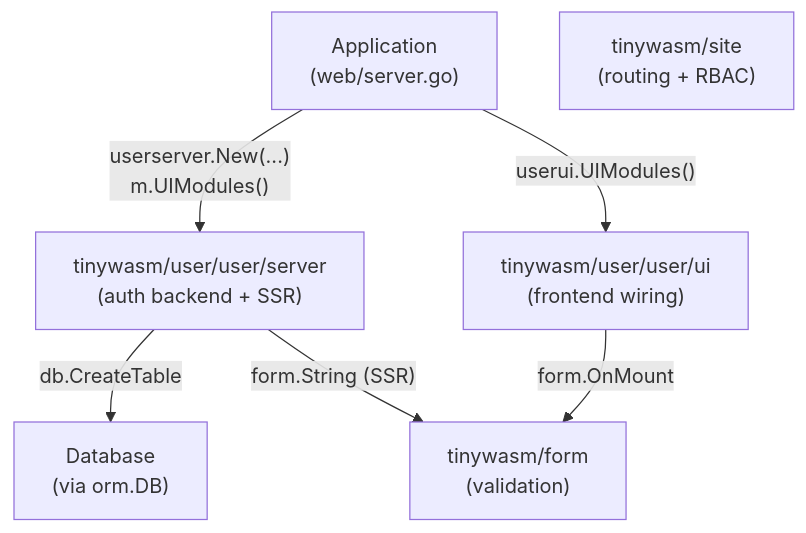
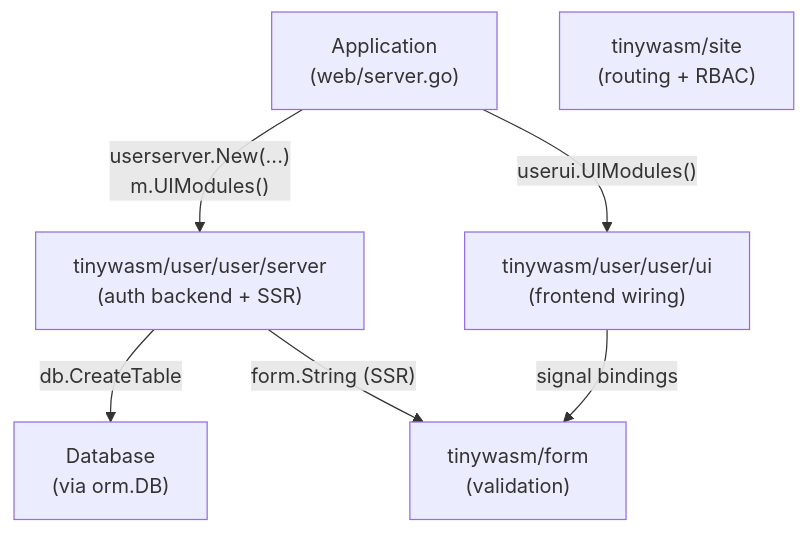
The diagram in docs/ARCHITECTURE.md (tinywasm/user), drawn with Mermaid before and after one commit. The commit also changed other lines of this file and 18 other files, not shown here.

````diff
--- a/docs/ARCHITECTURE.md
+++ b/docs/ARCHITECTURE.md
@@ -78,15 +78,15 @@
 ```mermaid
 graph TD
     APP["Application\n(web/server.go)"]
     SITE["tinywasm/site\n(routing + RBAC)"]
     SERVER["tinywasm/user/user/server\n(auth backend + SSR)"]
     UI["tinywasm/user/user/ui\n(frontend wiring)"]
     FORM["tinywasm/form\n(validation)"]
     DB["Database\n(via orm.DB)"]
 
     APP -->|"userserver.New(...)\nm.UIModules()"| SERVER
     APP -->|"userui.UIModules()"| UI
     SERVER -->|"db.CreateTable"| DB
-    UI -->|"form.OnMount"| FORM
+    UI -->|"signal bindings"| FORM
     SERVER -->|"form.String (SSR)"| FORM
 ```
````
